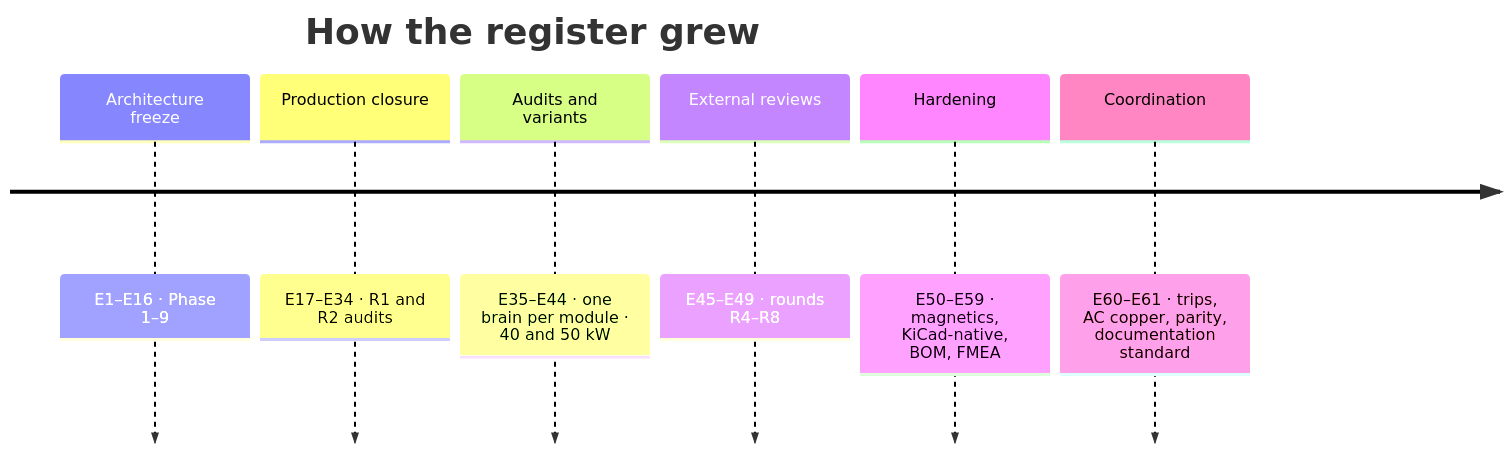
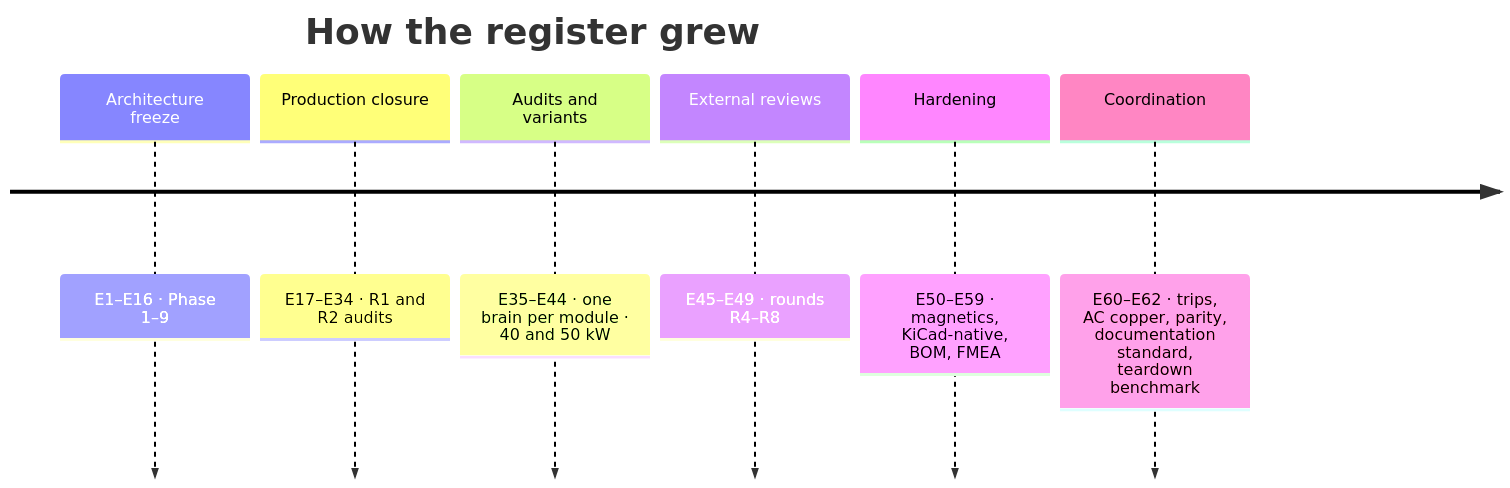
Before and after one commit to vectivolt/DC-Modules: the diagram in docs/assumptions.md, drawn with Mermaid. The commit also changed other lines of this file and 4 other files, not shown here.

````diff
--- a/docs/assumptions.md
+++ b/docs/assumptions.md
@@ -38,10 +38,10 @@
 ```mermaid
 timeline
   title How the register grew
   Architecture freeze : E1–E16 · Phase 1–9
   Production closure : E17–E34 · R1 and R2 audits
   Audits and variants : E35–E44 · one brain per module · 40 and 50 kW
   External reviews : E45–E49 · rounds R4–R8
   Hardening : E50–E59 · magnetics, KiCad-native, BOM, FMEA
-  Coordination : E60–E61 · trips, AC copper, parity, documentation standard
+  Coordination : E60–E62 · trips, AC copper, parity, documentation standard, teardown benchmark
 ```
````
